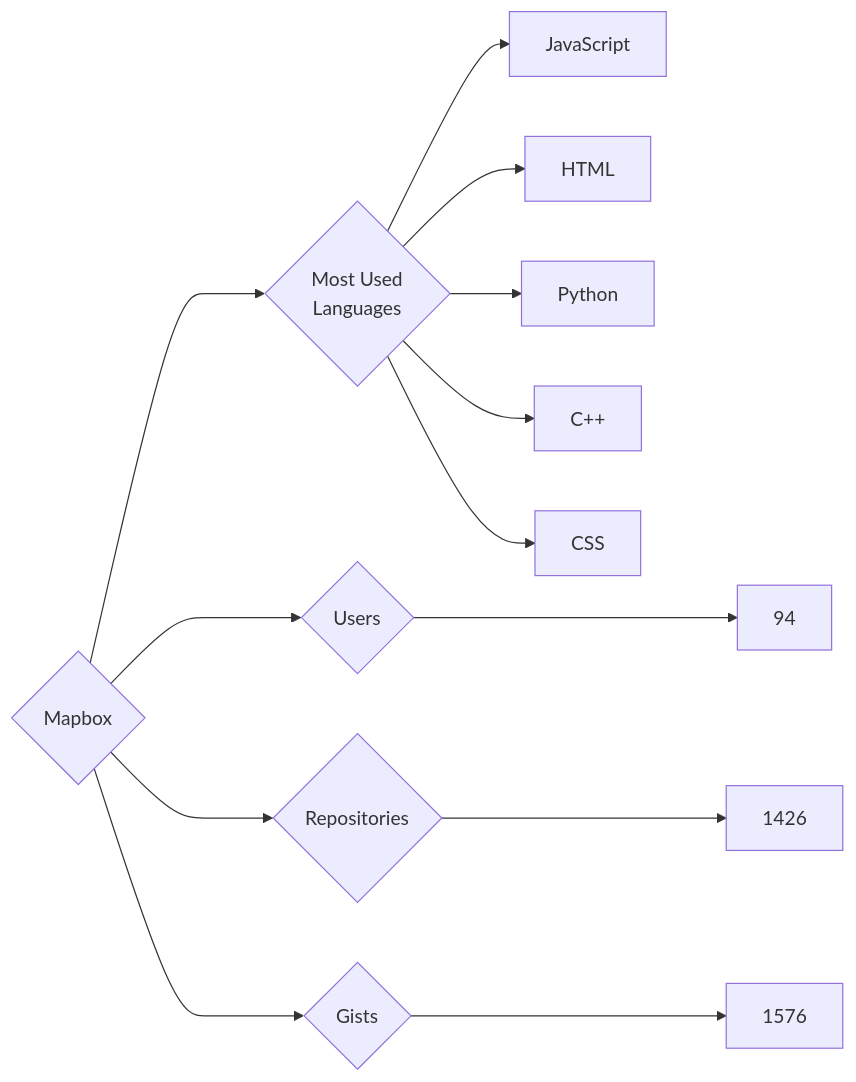
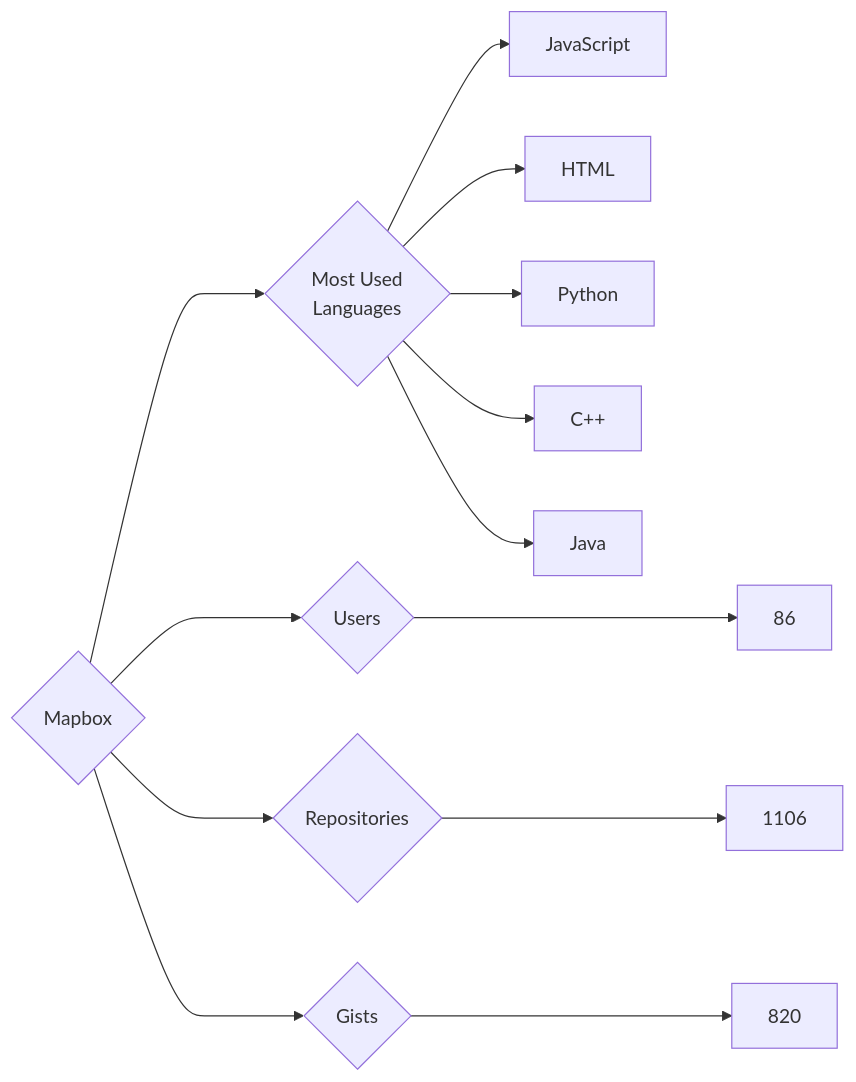
The diagram in targets/Mapbox/README.md (trickest/insiders), drawn with Mermaid before and after one commit. The commit also changed 833 other files, not shown here.

````diff
--- a/targets/Mapbox/README.md
+++ b/targets/Mapbox/README.md
@@ -3,13 +3,13 @@
 ```mermaid
 graph LR
 COMPANY_NAME{Mapbox}
-COMPANY_NAME ---> U{Users} ---> UN[94]
-COMPANY_NAME ---> R{Repositories} ---> RN[1426]
-COMPANY_NAME ---> G{Gists} ---> GN[1576]
+COMPANY_NAME ---> U{Users} ---> UN[86]
+COMPANY_NAME ---> R{Repositories} ---> RN[1106]
+COMPANY_NAME ---> G{Gists} ---> GN[820]
 COMPANY_NAME ---> ML{Most Used<br>Languages}
 ML --> JavaScript[JavaScript]
 ML --> HTML[HTML]
 ML --> Python[Python]
 ML --> C++[C++]
-ML --> CSS[CSS]
+ML --> Java[Java]
 ```
````
